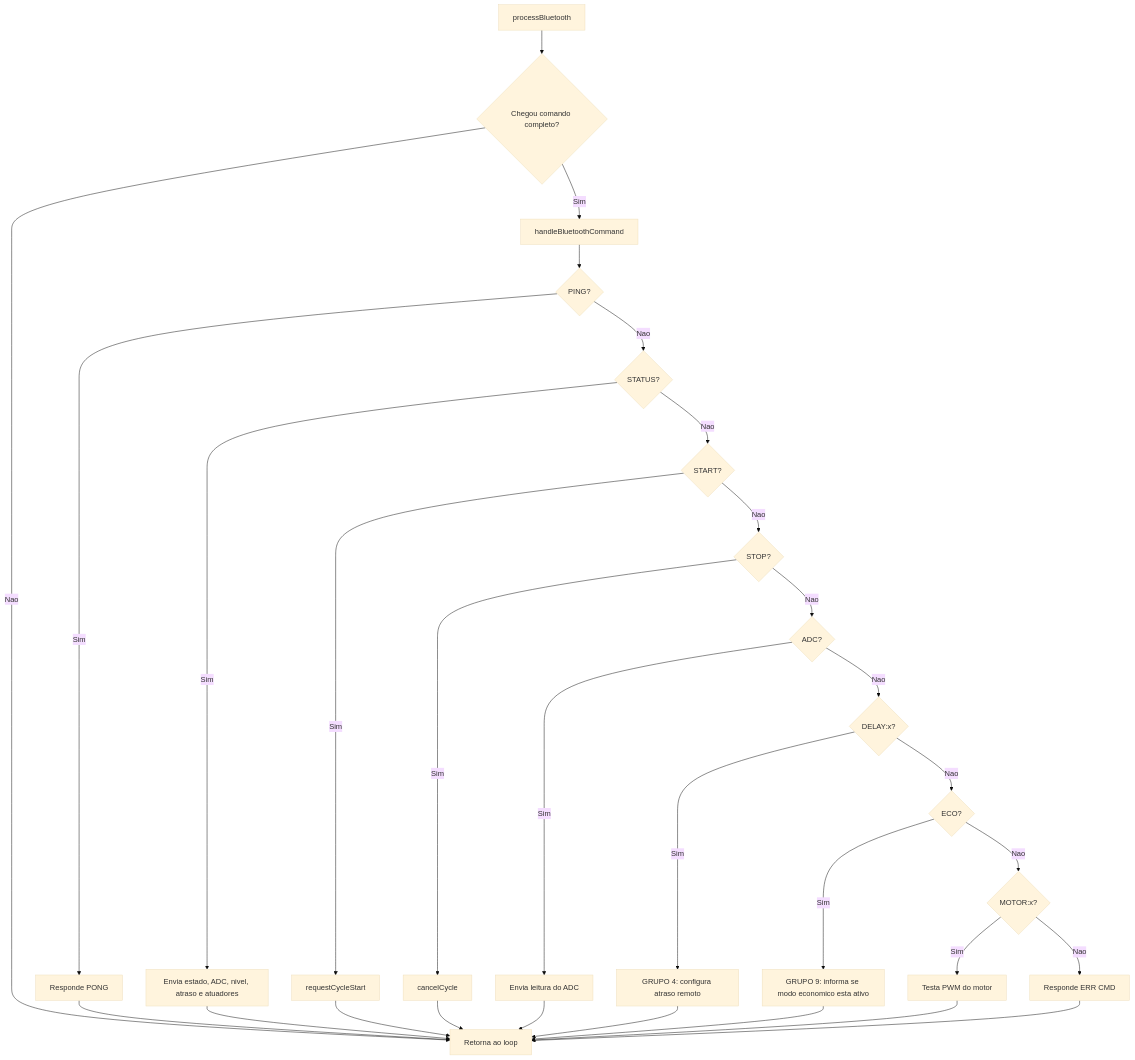
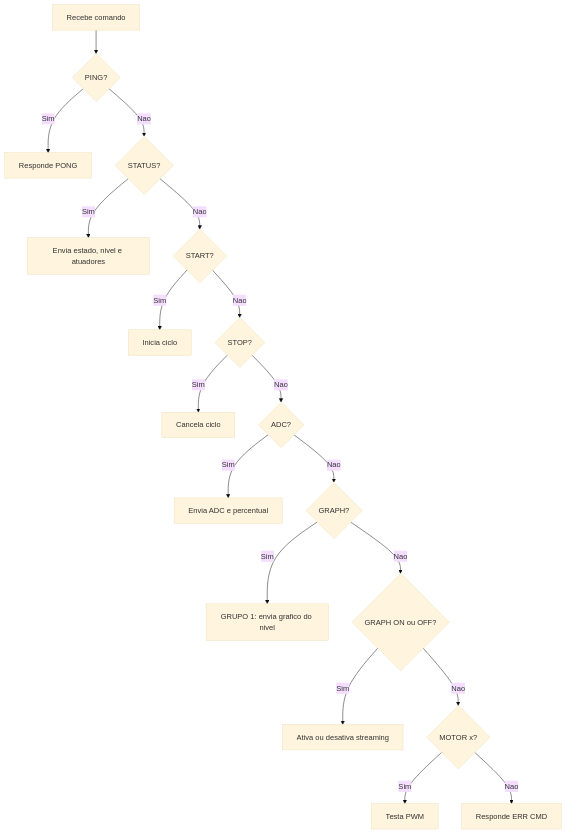
The third of 6 diagrams in Fluxograma.md (luciano-andrde/Projeto_Microcontroladores_Maquina), drawn with Mermaid (base theme) before and after one commit. The commit also changed other lines of this file and 2 other files, not shown here.

````diff
--- a/Fluxograma.md
+++ b/Fluxograma.md
@@ -66,34 +48,20 @@
 ```mermaid
 flowchart TD
-  A[processBluetooth] --> B{Chegou comando completo?}
-  B -- Nao --> Z[Retorna ao loop]
-  B -- Sim --> C[handleBluetoothCommand]
-
-  C --> D{PING?}
-  D -- Sim --> D1[Responde PONG]
-  D -- Nao --> E{STATUS?}
-  E -- Sim --> E1[Envia estado, ADC, nivel, atraso e atuadores]
-  E -- Nao --> F{START?}
-  F -- Sim --> F1[requestCycleStart]
-  F -- Nao --> G{STOP?}
-  G -- Sim --> G1[cancelCycle]
-  G -- Nao --> H{ADC?}
-  H -- Sim --> H1[Envia leitura do ADC]
-  H -- Nao --> I{DELAY:x?}
-  I -- Sim --> I1[GRUPO 4: configura atraso remoto]
-  I -- Nao --> J{ECO?}
-  J -- Sim --> J1[GRUPO 9: informa se modo economico esta ativo]
-  J -- Nao --> K{MOTOR:x?}
-  K -- Sim --> K1[Testa PWM do motor]
-  K -- Nao --> L[Responde ERR CMD]
-
-  D1 --> Z
-  E1 --> Z
-  F1 --> Z
-  G1 --> Z
-  H1 --> Z
-  I1 --> Z
-  J1 --> Z
-  K1 --> Z
-  L --> Z
+  A[Recebe comando] --> B{PING?}
+  B -- Sim --> B1[Responde PONG]
+  B -- Nao --> C{STATUS?}
+  C -- Sim --> C1[Envia estado, nivel e atuadores]
+  C -- Nao --> D{START?}
+  D -- Sim --> D1[Inicia ciclo]
+  D -- Nao --> E{STOP?}
+  E -- Sim --> E1[Cancela ciclo]
+  E -- Nao --> F{ADC?}
+  F -- Sim --> F1[Envia ADC e percentual]
+  F -- Nao --> G{GRAPH?}
+  G -- Sim --> G1[GRUPO 1: envia grafico do nivel]
+  G -- Nao --> H{GRAPH ON ou OFF?}
+  H -- Sim --> H1[Ativa ou desativa streaming]
+  H -- Nao --> I{MOTOR x?}
+  I -- Sim --> I1[Testa PWM]
+  I -- Nao --> J[Responde ERR CMD]
 ```
````
